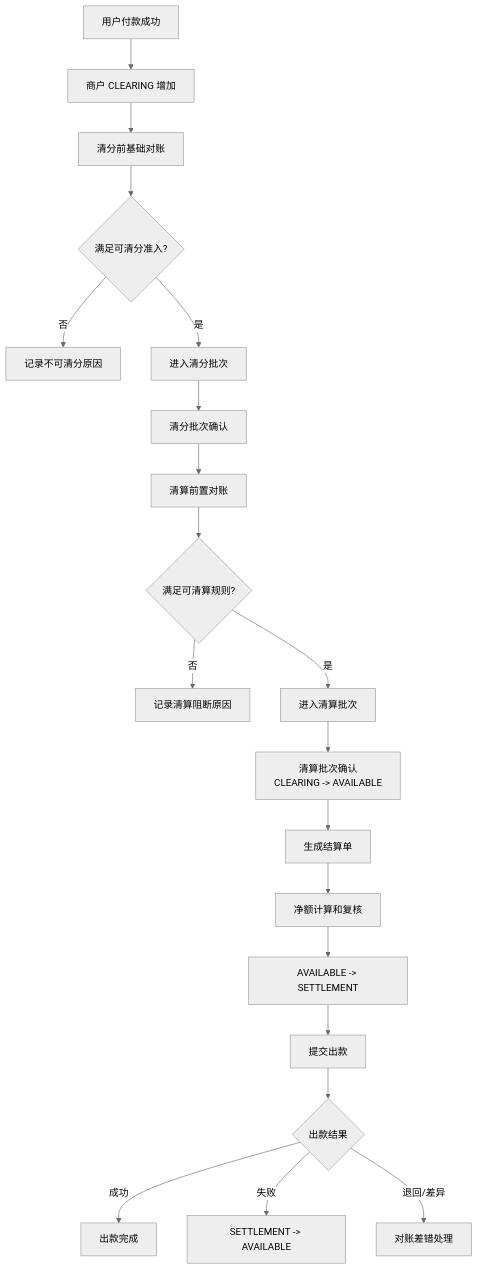
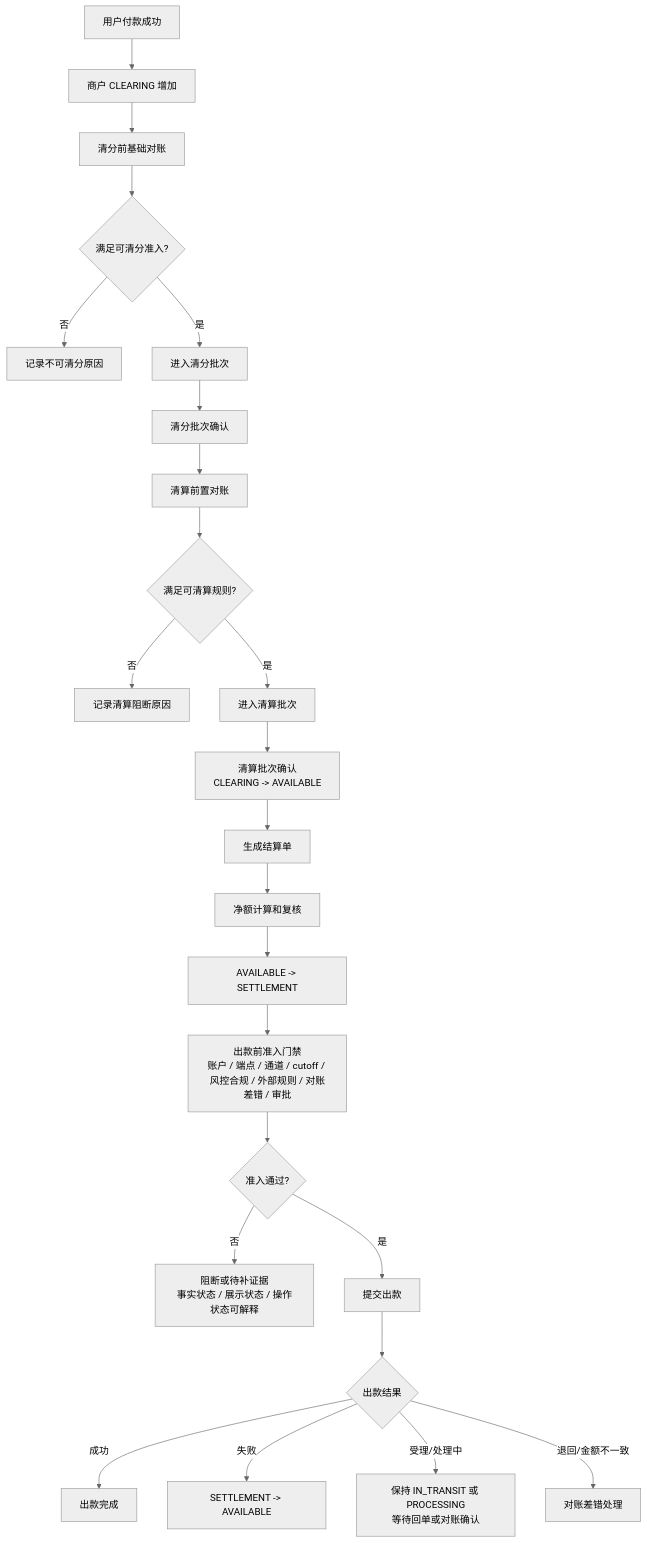
The tenth of 13 diagrams in docs/产品设计/03-清结算与对账.md (fengwuxp/wind-funds), drawn with Mermaid (neutral theme) before and after one commit. The commit also changed other lines of this file and 13 other files, not shown here.

````diff
--- a/docs/产品设计/03-清结算与对账.md
+++ b/docs/产品设计/03-清结算与对账.md
@@ -780,22 +780,26 @@
 ```mermaid
 flowchart TD
     A["用户付款成功"] --> B["商户 CLEARING 增加"]
     B --> C["清分前基础对账"]
     C --> D{"满足可清分准入?"}
     D -- "否" --> E["记录不可清分原因"]
     D -- "是" --> F["进入清分批次"]
     F --> G["清分批次确认"]
     G --> H["清算前置对账"]
     H --> I{"满足可清算规则?"}
     I -- "否" --> J["记录清算阻断原因"]
     I -- "是" --> K["进入清算批次"]
     K --> L["清算批次确认\nCLEARING -> AVAILABLE"]
     L --> M["生成结算单"]
     M --> N["净额计算和复核"]
     N --> O["AVAILABLE -> SETTLEMENT"]
-    O --> P["提交出款"]
-    P --> Q{"出款结果"}
-    Q -- "成功" --> R["出款完成"]
-    Q -- "失败" --> S["SETTLEMENT -> AVAILABLE"]
-    Q -- "退回/差异" --> T["对账差错处理"]
+    O --> P["出款前准入门禁\n账户 / 端点 / 通道 / cutoff / 风控合规 / 外部规则 / 对账差错 / 审批"]
+    P --> Q{"准入通过?"}
+    Q -- "否" --> R["阻断或待补证据\n事实状态 / 展示状态 / 操作状态可解释"]
+    Q -- "是" --> S["提交出款"]
+    S --> T{"出款结果"}
+    T -- "成功" --> U["出款完成"]
+    T -- "失败" --> V["SETTLEMENT -> AVAILABLE"]
+    T -- "受理/处理中" --> W["保持 IN_TRANSIT 或 PROCESSING\n等待回单或对账确认"]
+    T -- "退回/金额不一致" --> X["对账差错处理"]
 ```
````
